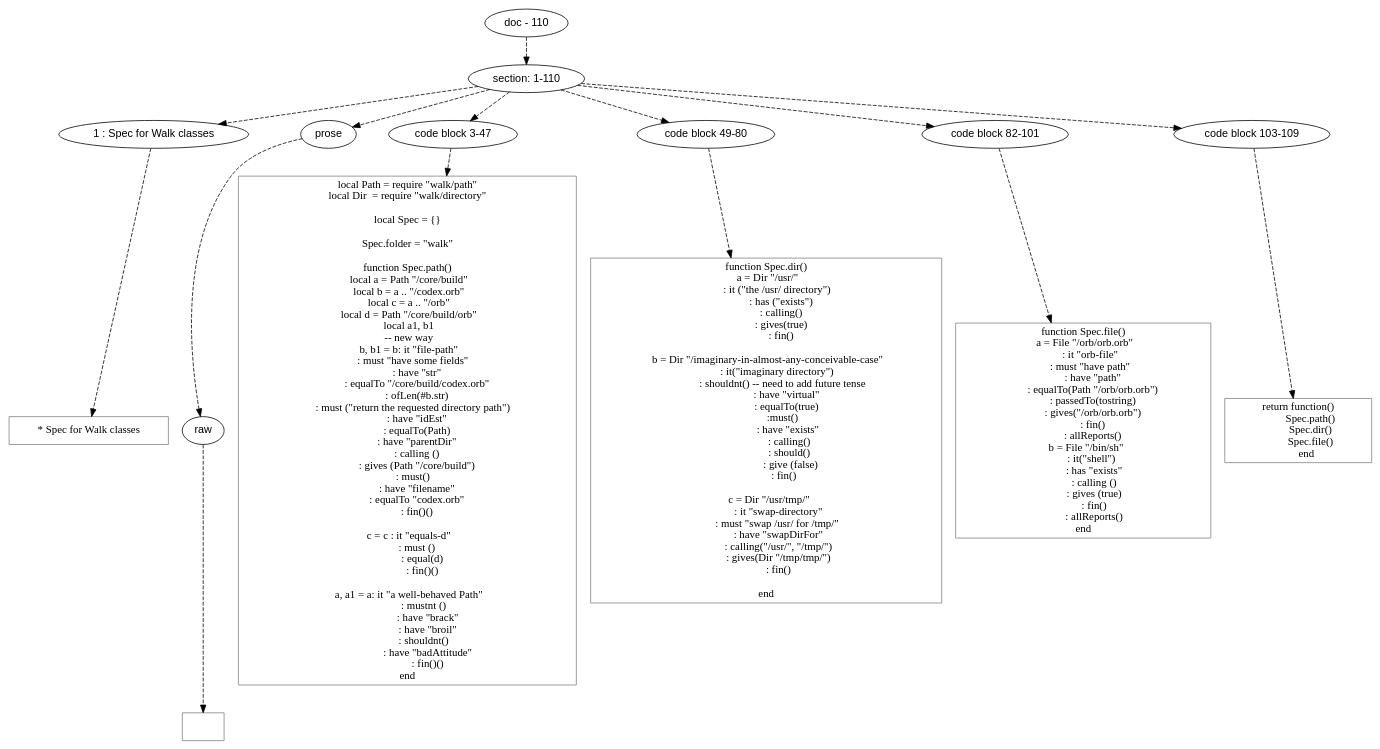
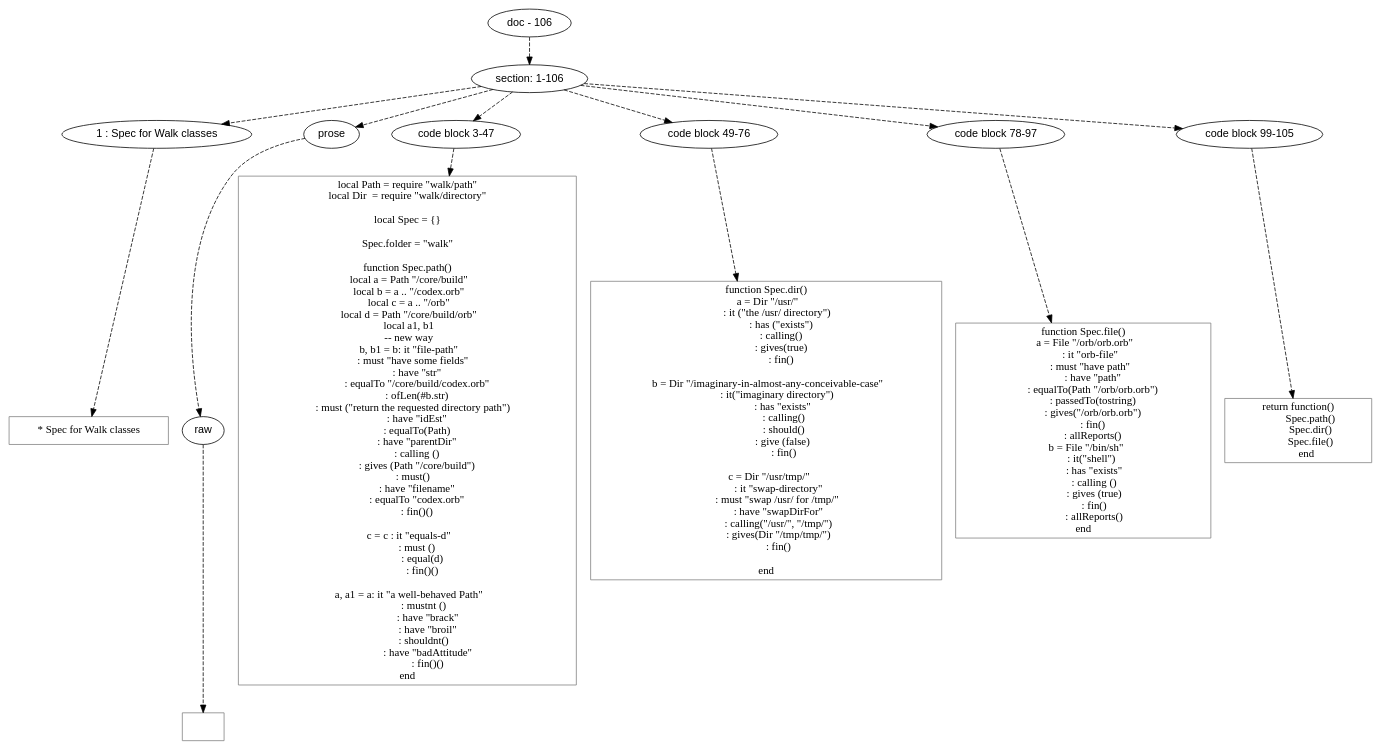
The diagram in doc/dot/spec/walk-spec.dot (mnemnion/orb), drawn with Graphviz before and after one commit. The commit also changed 19 other files, not shown here.

```diff
--- a/doc/dot/spec/walk-spec.dot
+++ b/doc/dot/spec/walk-spec.dot
@@ -1,161 +1,157 @@
 digraph lpegNode {
 
 node [fontname=Helvetica]
 edge [style=dashed]
 
-doc_0 [label="doc - 110"]
+doc_0 [label="doc - 106"]
 
 
 doc_0 -> { section_1}
 {rank=same; section_1}
 
-section_1 [label="section: 1-110"]
+section_1 [label="section: 1-106"]
 
 
 // END RANK doc_0
 
 section_1 -> { header_2 prose_3 codeblock_4 codeblock_5 codeblock_6 codeblock_7}
 {rank=same; header_2 prose_3 codeblock_4 codeblock_5 codeblock_6 codeblock_7}
 
 header_2 [label="1 : Spec for Walk classes"]
 
 prose_3 [label="prose"]
 
 codeblock_4 [label="code block 3-47"]
 
-codeblock_5 [label="code block 49-80"]
+codeblock_5 [label="code block 49-76"]
 
-codeblock_6 [label="code block 82-101"]
+codeblock_6 [label="code block 78-97"]
 
-codeblock_7 [label="code block 103-109"]
+codeblock_7 [label="code block 99-105"]
 
 
 // END RANK section_1
 
 header_2 -> leaf_8
 leaf_8  [color=Gray,shape=rectangle,fontname=Inconsolata,label="* Spec for Walk classes"]
 // END RANK header_2
 
 prose_3 -> { raw_9}
 {rank=same; raw_9}
 
 raw_9 [label="raw"]
 
 
 // END RANK prose_3
 
 raw_9 -> leaf_10
 leaf_10  [color=Gray,shape=rectangle,fontname=Inconsolata,label="
 "]
 // END RANK raw_9
 
 codeblock_4 -> leaf_11
 leaf_11  [color=Gray,shape=rectangle,fontname=Inconsolata,label="local Path = require \"walk/path\"
 local Dir  = require \"walk/directory\"
 
 local Spec = {}
 
 Spec.folder = \"walk\"
 
 function Spec.path()
   local a = Path \"/core/build\"
   local b = a .. \"/codex.orb\"
   local c = a .. \"/orb\"
   local d = Path \"/core/build/orb\"
   local a1, b1
   -- new way
   b, b1 = b: it \"file-path\"
      : must \"have some fields\"
         : have \"str\"
         : equalTo \"/core/build/codex.orb\"
         : ofLen(#b.str)
      : must (\"return the requested directory path\")
         : have \"idEst\"
         : equalTo(Path)
         : have \"parentDir\"
         : calling ()
         : gives (Path \"/core/build\")
      : must()
         : have \"filename\"
         : equalTo \"codex.orb\"
         : fin()()
 
   c = c : it \"equals-d\"
         : must ()
             : equal(d)
             : fin()()
 
   a, a1 = a: it \"a well-behaved Path\"
              : mustnt ()
                 : have \"brack\"
                 : have \"broil\"
              : shouldnt()
                 : have \"badAttitude\"
                 : fin()()
 end"]
 // END RANK codeblock_4
 
 codeblock_5 -> leaf_12
 leaf_12  [color=Gray,shape=rectangle,fontname=Inconsolata,label="function Spec.dir()
   a = Dir \"/usr/\"
          : it (\"the /usr/ directory\")
             : has (\"exists\")
             : calling()
             : gives(true)
             : fin()
 
   b = Dir \"/imaginary-in-almost-any-conceivable-case\"
          : it(\"imaginary directory\")
-             : shouldnt() -- need to add future tense
-                : have \"virtual\"
-                : equalTo(true)
-             :must()
-                 : have \"exists\"
-                  : calling()
-                  : should()
-                   : give (false)
+             : has \"exists\"
+              : calling()
+              : should()
+             : give (false)
               : fin()
 
    c = Dir \"/usr/tmp/\"
           : it \"swap-directory\"
          : must \"swap /usr/ for /tmp/\"
           : have \"swapDirFor\"
           : calling(\"/usr/\", \"/tmp/\")
           : gives(Dir \"/tmp/tmp/\")
           : fin()
 
 end
 "]
 // END RANK codeblock_5
 
 codeblock_6 -> leaf_13
 leaf_13  [color=Gray,shape=rectangle,fontname=Inconsolata,label="function Spec.file()
   a = File \"/orb/orb.orb\"
       : it \"orb-file\"
       : must \"have path\"
         : have \"path\"
         : equalTo(Path \"/orb/orb.orb\")
         : passedTo(tostring)
         : gives(\"/orb/orb.orb\")
         : fin()
         : allReports()
    b = File \"/bin/sh\"
        : it(\"shell\")
          : has \"exists\"
          : calling ()
          : gives (true)
          : fin()
          : allReports()
 end"]
 // END RANK codeblock_6
 
 codeblock_7 -> leaf_14
 leaf_14  [color=Gray,shape=rectangle,fontname=Inconsolata,label="return function()
           Spec.path()
           Spec.dir()
           Spec.file()
        end"]
 // END RANK codeblock_7
 
 
 }
```
